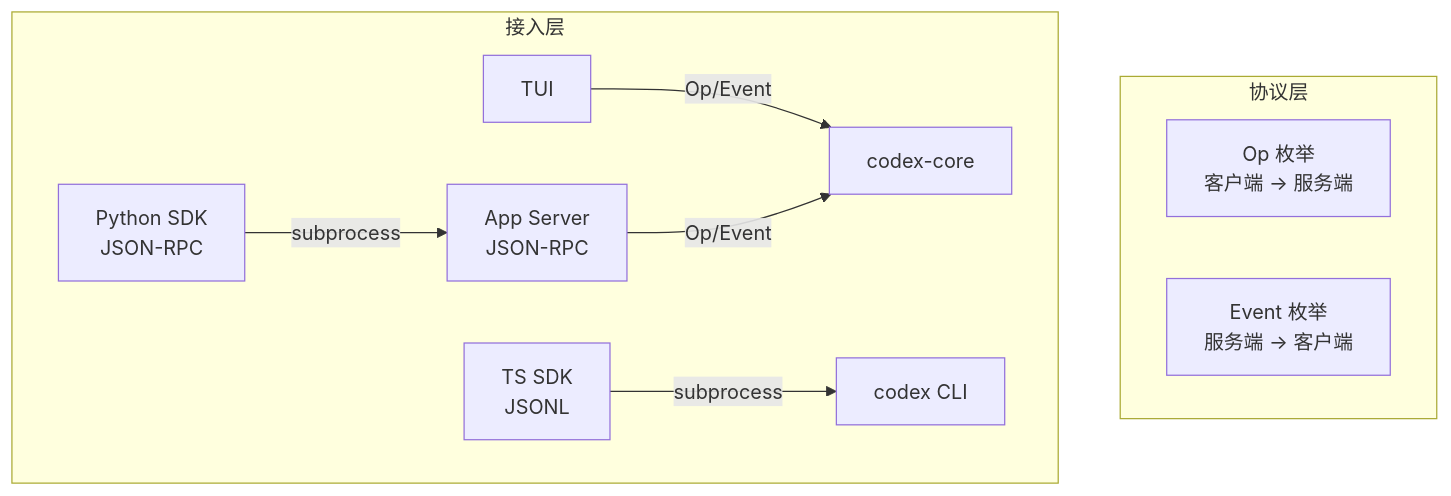
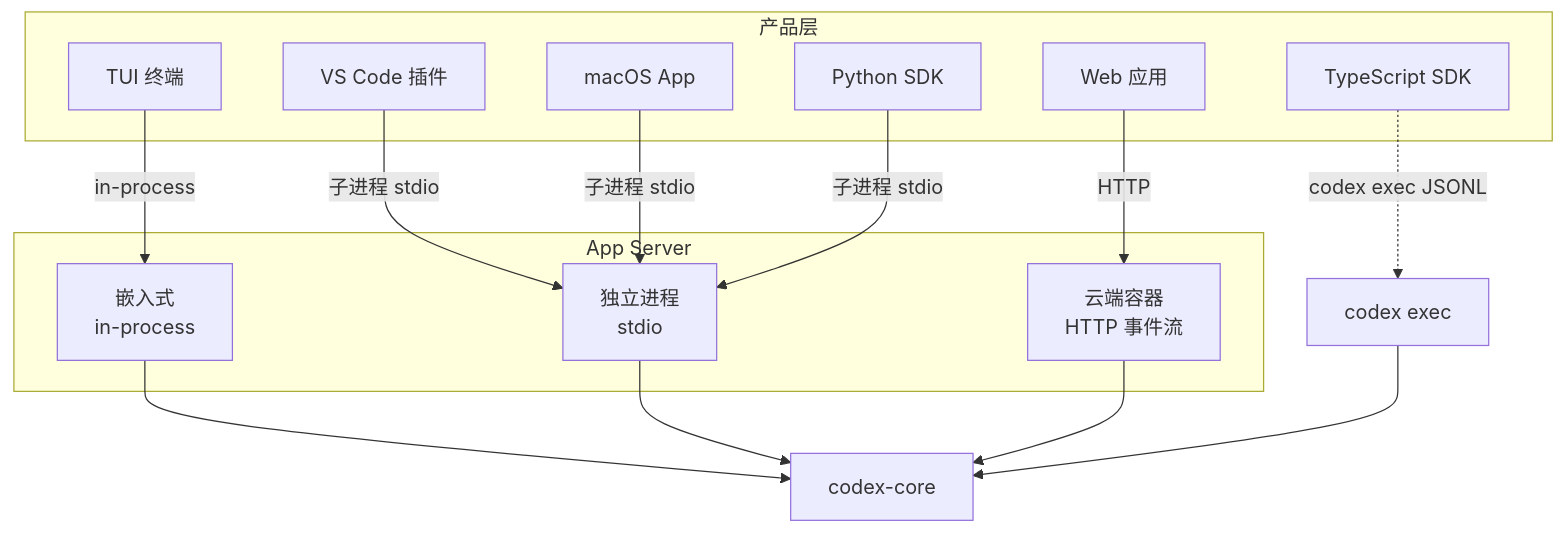
Before and after one commit to yibn2008/learn-codex: the third of 3 diagrams in wiki/09-sdk-protocol.md, drawn with Mermaid. The commit also changed other lines of this file and 8 other files, not shown here.

````diff
--- a/wiki/09-sdk-protocol.md
+++ b/wiki/09-sdk-protocol.md
@@ -21,14 +172,29 @@
 ```mermaid
 graph TD
-    subgraph 协议层
-        OP[Op 枚举<br/>客户端 → 服务端]
-        EVT[Event 枚举<br/>服务端 → 客户端]
+    subgraph 产品层
+        TUI[TUI 终端]
+        VSCODE[VS Code 插件]
+        WEB[Web 应用]
+        MACOS[macOS App]
+        PY_SDK[Python SDK]
+        TS_SDK[TypeScript SDK]
     end
 
-    subgraph 接入层
-        TUI[TUI] -->|Op/Event| CORE[codex-core]
-        APPSRV[App Server<br/>JSON-RPC] -->|Op/Event| CORE
-        SDK_TS[TS SDK<br/>JSONL] -->|subprocess| CLI[codex CLI]
-        SDK_PY[Python SDK<br/>JSON-RPC] -->|subprocess| APPSRV
+    subgraph App Server
+        EMBEDDED[嵌入式<br/>in-process]
+        STANDALONE[独立进程<br/>stdio]
+        CLOUD[云端容器<br/>HTTP 事件流]
     end
+
+    TUI -->|in-process| EMBEDDED
+    VSCODE -->|子进程 stdio| STANDALONE
+    MACOS -->|子进程 stdio| STANDALONE
+    PY_SDK -->|子进程 stdio| STANDALONE
+    WEB -->|HTTP| CLOUD
+    TS_SDK -.->|codex exec JSONL| CLI_EXEC[codex exec]
+
+    EMBEDDED --> CORE[codex-core]
+    STANDALONE --> CORE
+    CLOUD --> CORE
+    CLI_EXEC --> CORE
 ```
````
